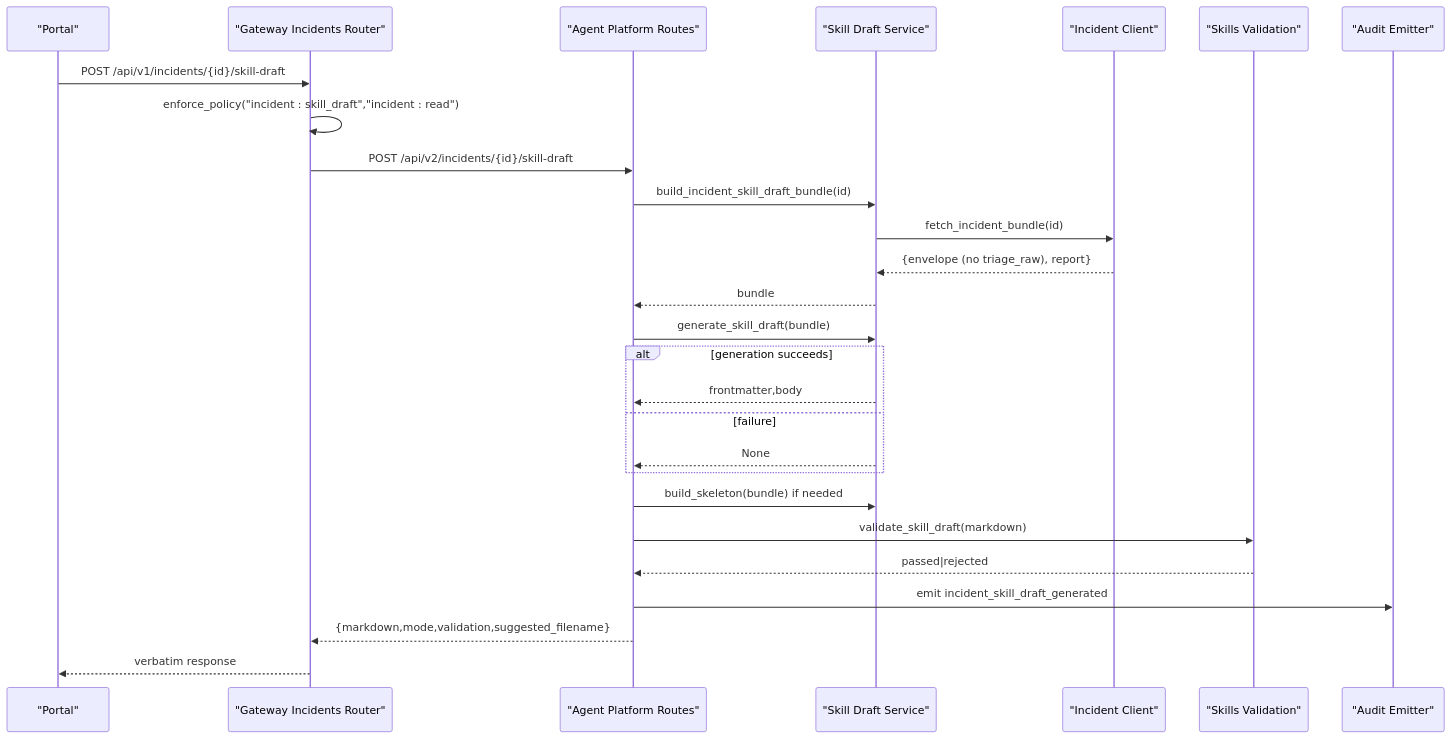
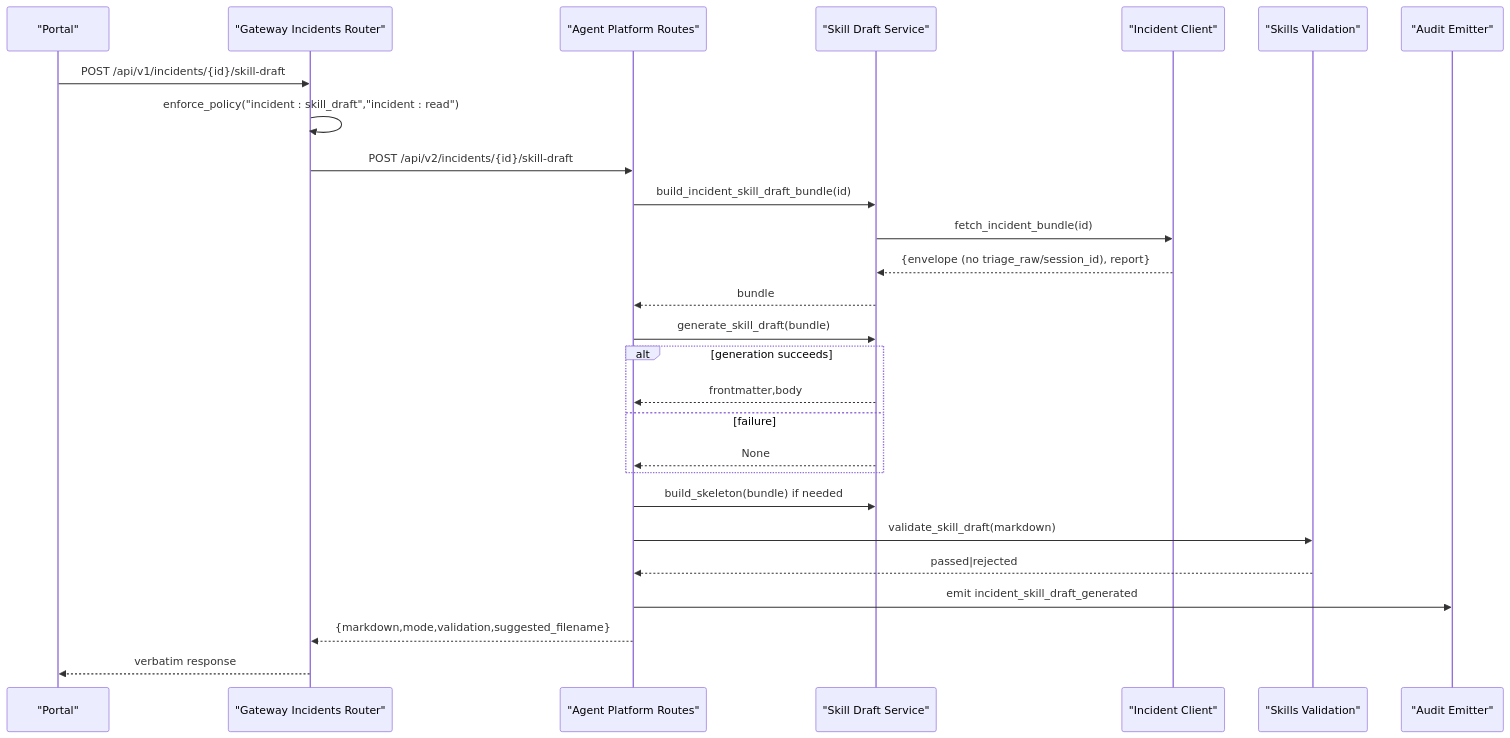
The second of 6 diagrams in .qoder/repowiki/en/content/Architecture Documentation/SPEC-045_ Incident-Anchored Skill Drafts and Draft Preview.md (metasync/luban-aiops), drawn with Mermaid before and after one commit. The commit also changed other lines of this file and 2 other files, not shown here.

Commit message:
docs: refresh repowiki for v0.27.2 session-availability gate

````diff
--- a/.qoder/repowiki/en/content/Architecture Documentation/SPEC-045_ Incident-Anchored Skill Drafts and Draft Preview.md
+++ b/.qoder/repowiki/en/content/Architecture Documentation/SPEC-045_ Incident-Anchored Skill Drafts and Draft Preview.md
@@ -90,29 +94,29 @@
 ```mermaid
 sequenceDiagram
 participant UI as "Portal"
 participant GW as "Gateway Incidents Router"
 participant AP as "Agent Platform Routes"
 participant SD as "Skill Draft Service"
 participant IC as "Incident Client"
 participant SV as "Skills Validation"
 participant AU as "Audit Emitter"
 UI->>GW : POST /api/v1/incidents/{id}/skill-draft
 GW->>GW : enforce_policy("incident : skill_draft","incident : read")
 GW->>AP : POST /api/v2/incidents/{id}/skill-draft
 AP->>SD : build_incident_skill_draft_bundle(id)
 SD->>IC : fetch_incident_bundle(id)
-IC-->>SD : {envelope (no triage_raw), report}
+IC-->>SD : {envelope (no triage_raw/session_id), report}
 SD-->>AP : bundle
 AP->>SD : generate_skill_draft(bundle)
 alt generation succeeds
 SD-->>AP : frontmatter,body
 else failure
 SD-->>AP : None
 end
 AP->>SD : build_skeleton(bundle) if needed
 AP->>SV : validate_skill_draft(markdown)
 SV-->>AP : passed|rejected
 AP->>AU : emit incident_skill_draft_generated
 AP-->>GW : {markdown,mode,validation,suggested_filename}
 GW-->>UI : verbatim response
 ```
````
